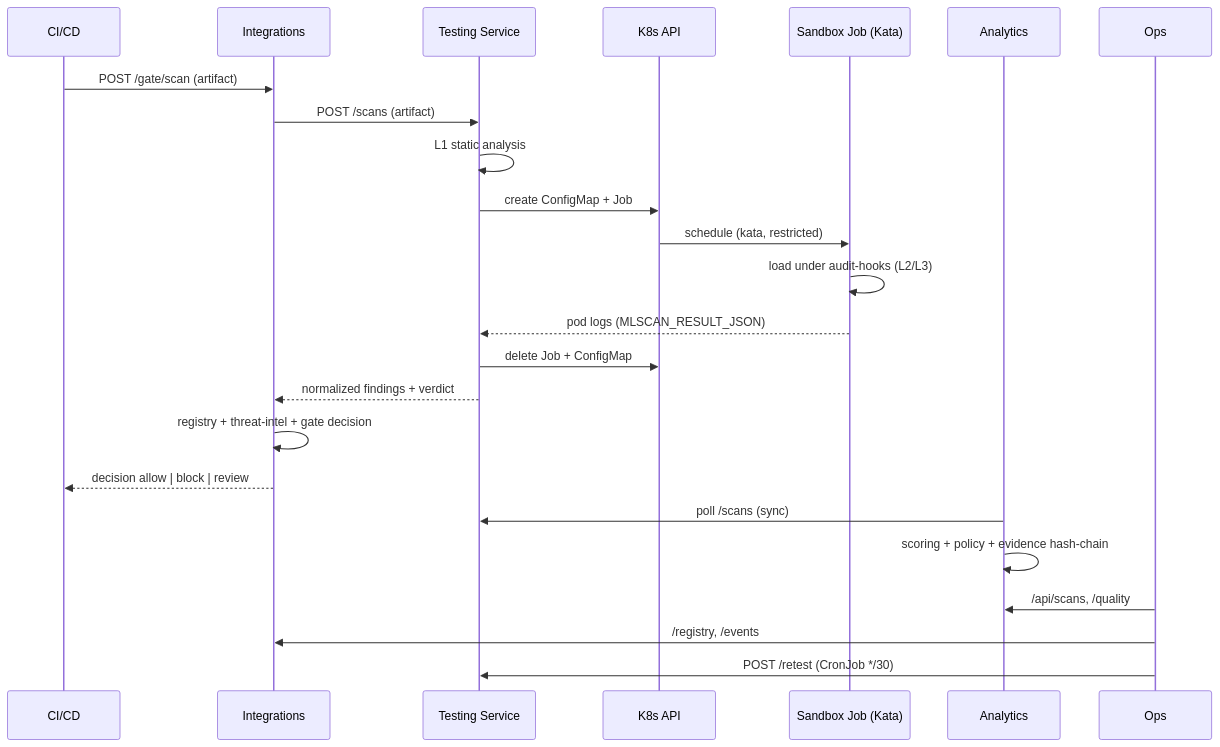
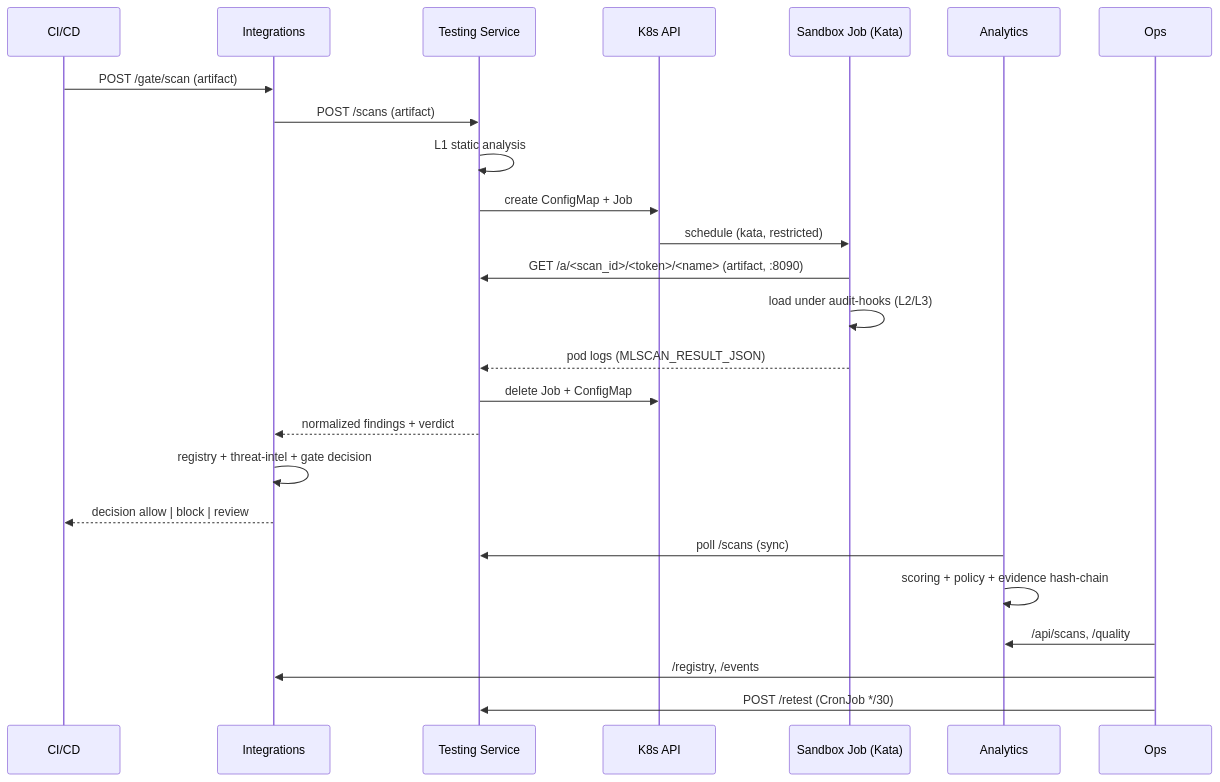
Before and after one commit to pol4/MLScan: the second of 2 diagrams in docs/07-implemented-architecture.md, drawn with Mermaid. The commit also changed other lines of this file and 11 other files, not shown here.

Commit message:
Feature: model upload via UI (large files), live scan progress and hash-based statistics (streaming PVC transport, artifact server :8090, NodePort 30811, NetworkPolicy exception)

````diff
--- a/docs/07-implemented-architecture.md
+++ b/docs/07-implemented-architecture.md
@@ -195,27 +198,28 @@
 ```mermaid
 sequenceDiagram
   participant CI as CI/CD
   participant INT as Integrations
   participant TS as Testing Service
   participant K8S as K8s API
   participant SB as Sandbox Job (Kata)
   participant AN as Analytics
   participant OP as Ops
 
   CI->>INT: POST /gate/scan (artifact)
   INT->>TS: POST /scans (artifact)
   TS->>TS: L1 static analysis
   TS->>K8S: create ConfigMap + Job
   K8S->>SB: schedule (kata, restricted)
+  SB->>TS: GET /a/<scan_id>/<token>/<name> (artifact, :8090)
   SB->>SB: load under audit-hooks (L2/L3)
   SB-->>TS: pod logs (MLSCAN_RESULT_JSON)
   TS->>K8S: delete Job + ConfigMap
   TS-->>INT: normalized findings + verdict
   INT->>INT: registry + threat-intel + gate decision
   INT-->>CI: decision allow | block | review
   AN->>TS: poll /scans (sync)
   AN->>AN: scoring + policy + evidence hash-chain
   OP->>AN: /api/scans, /quality
   OP->>INT: /registry, /events
   OP->>TS: POST /retest (CronJob */30)
 ```
````
